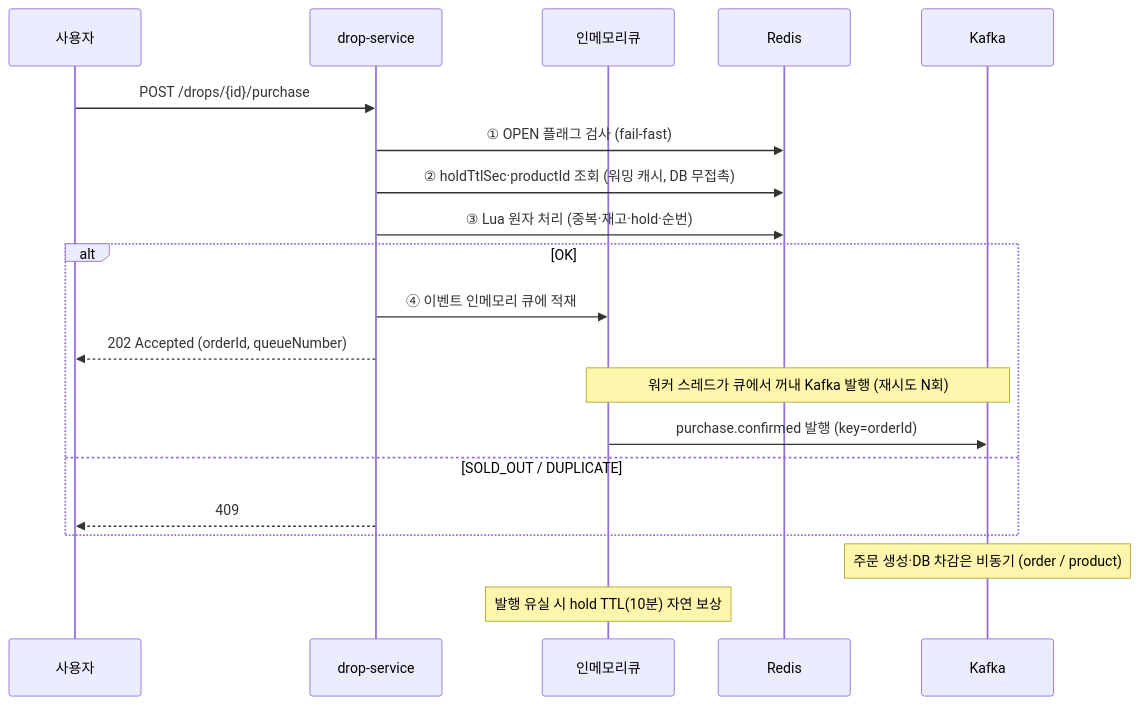
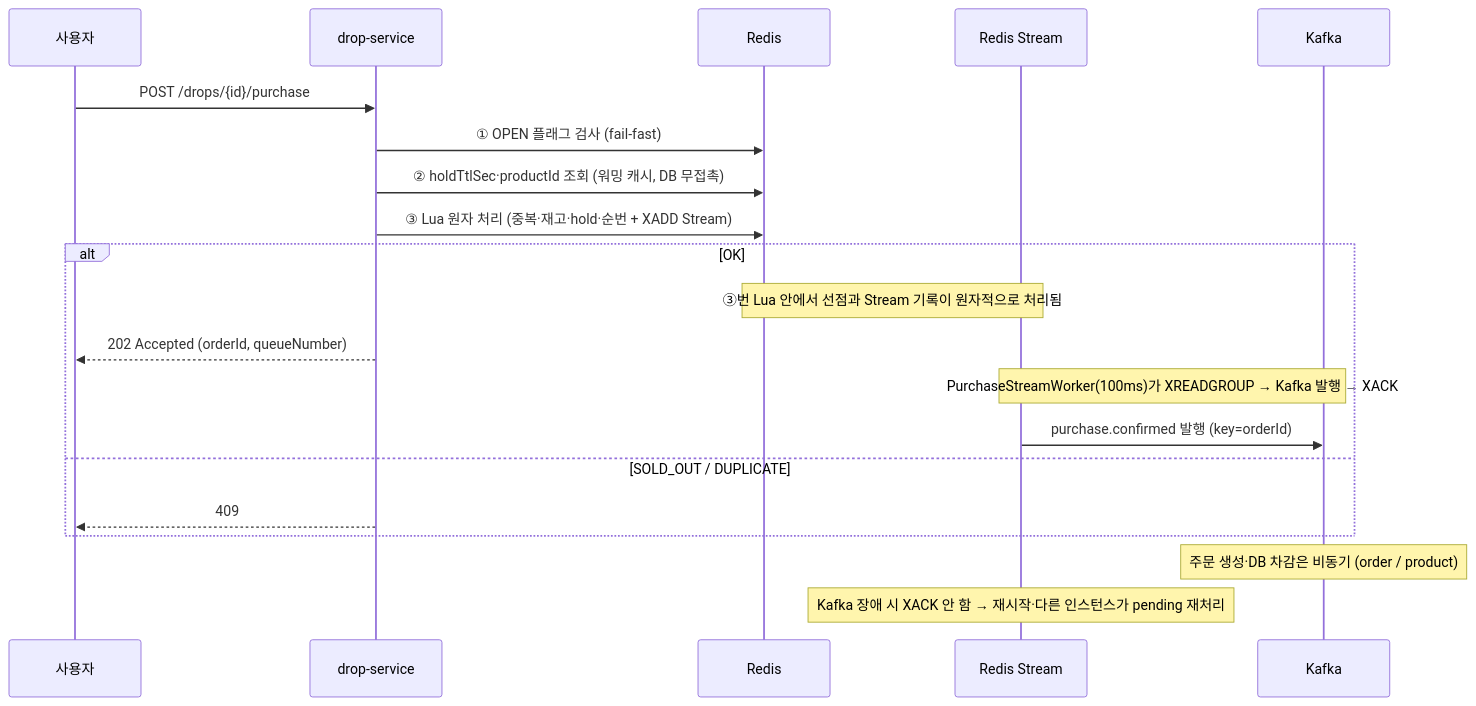
One commit to OMC-2/OMC changed the second of 2 diagrams in services/drop-service/README.md. Above: the diagram before and after it, drawn with Mermaid. The commit also changed other lines of this file and 3 other files, not shown here.

Commit message:
test: PurchaseStreamWorker 테스트 추가 및 README 업데이트

````diff
--- a/services/drop-service/README.md
+++ b/services/drop-service/README.md
@@ -51,23 +52,23 @@
 ```mermaid
 sequenceDiagram
     participant U as 사용자
     participant D as drop-service
-    participant Q as 인메모리큐
     participant R as Redis
+    participant S as Redis Stream
     participant K as Kafka
 
     U->>D: POST /drops/{id}/purchase
     D->>R: ① OPEN 플래그 검사 (fail-fast)
     D->>R: ② holdTtlSec·productId 조회 (워밍 캐시, DB 무접촉)
-    D->>R: ③ Lua 원자 처리 (중복·재고·hold·순번)
+    D->>R: ③ Lua 원자 처리 (중복·재고·hold·순번 + XADD Stream)
     alt OK
-        D->>Q: ④ 이벤트 인메모리 큐에 적재
+        Note over R,S: ③번 Lua 안에서 선점과 Stream 기록이 원자적으로 처리됨
         D-->>U: 202 Accepted (orderId, queueNumber)
-        Note over Q,K: 워커 스레드가 큐에서 꺼내 Kafka 발행 (재시도 N회)
-        Q->>K: purchase.confirmed 발행 (key=orderId)
+        Note over S,K: PurchaseStreamWorker(100ms)가 XREADGROUP → Kafka 발행 → XACK
+        S->>K: purchase.confirmed 발행 (key=orderId)
     else SOLD_OUT / DUPLICATE
         D-->>U: 409
     end
     Note over K: 주문 생성·DB 차감은 비동기 (order / product)
-    Note over Q: 발행 유실 시 hold TTL(10분) 자연 보상
+    Note over S: Kafka 장애 시 XACK 안 함 → 재시작·다른 인스턴스가 pending 재처리
 ```
````
